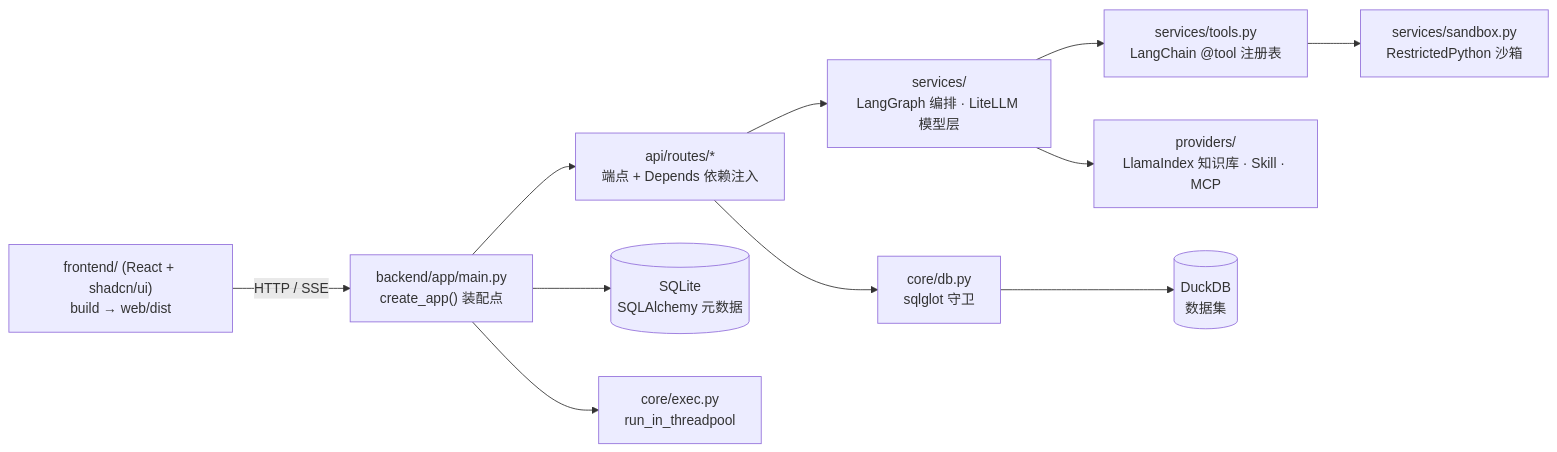
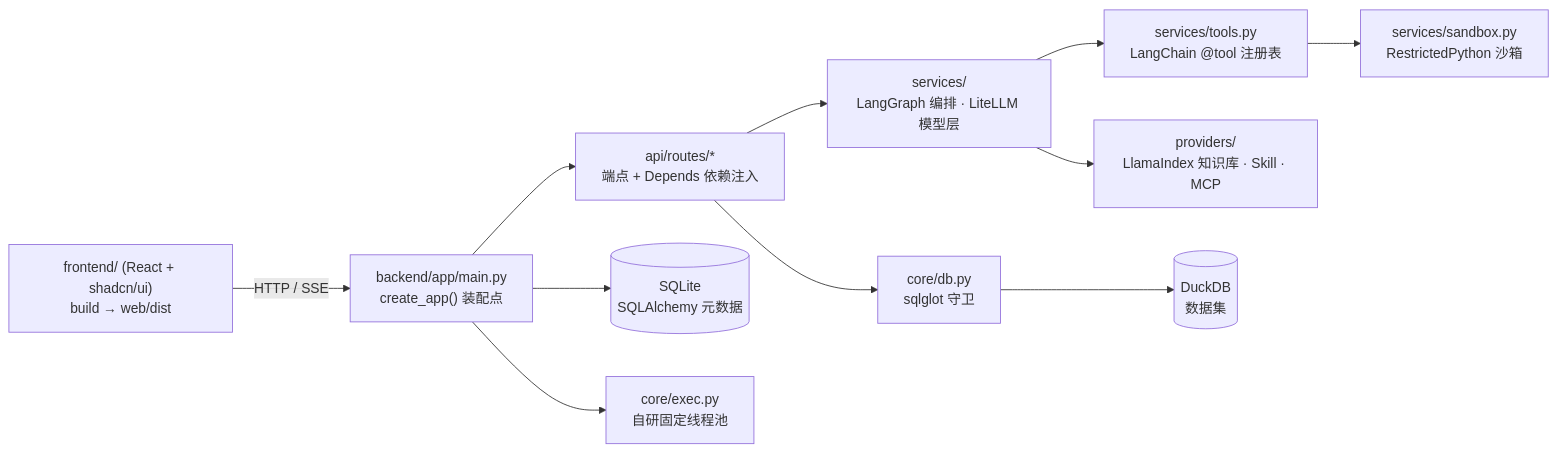
The diagram in README.md (Lsilence7807/Knowledge-Analysis-Assistant), drawn with Mermaid before and after one commit. The commit also changed other lines of this file and 10 other files, not shown here.

Commit message:
docs: 第三十九轮收尾——README 对账（例数 250/257、项目结构围栏闭合、技术栈四处错项改正、补「启动-需登录.cmd」与可插拔能力六个开关）+ 重拍两张效果预览图 + 测试清单/设计 §5/最小可用集/问题总表（新增 K-057）/功能介绍 数字与栈项对齐 + 新增 docs/交接-2026-09-23.md

````diff
--- a/README.md
+++ b/README.md
@@ -88,13 +88,13 @@
 ```mermaid
 flowchart LR
   UI["frontend/ (React + shadcn/ui)<br/>build → web/dist"] -->|HTTP / SSE| API["backend/app/main.py<br/>create_app() 装配点"]
   API --> RT["api/routes/*<br/>端点 + Depends 依赖注入"]
   RT --> SV["services/<br/>LangGraph 编排 · LiteLLM 模型层"]
   SV --> TL["services/tools.py<br/>LangChain @tool 注册表"]
   RT --> DB["core/db.py<br/>sqlglot 守卫"]
   TL --> SB["services/sandbox.py<br/>RestrictedPython 沙箱"]
   SV --> PV["providers/<br/>LlamaIndex 知识库 · Skill · MCP"]
   DB --> DK[("DuckDB<br/>数据集")]
   API --> ST[("SQLite<br/>SQLAlchemy 元数据")]
-  API --> EX["core/exec.py<br/>run_in_threadpool"]
+  API --> EX["core/exec.py<br/>自研固定线程池"]
 ```
````
